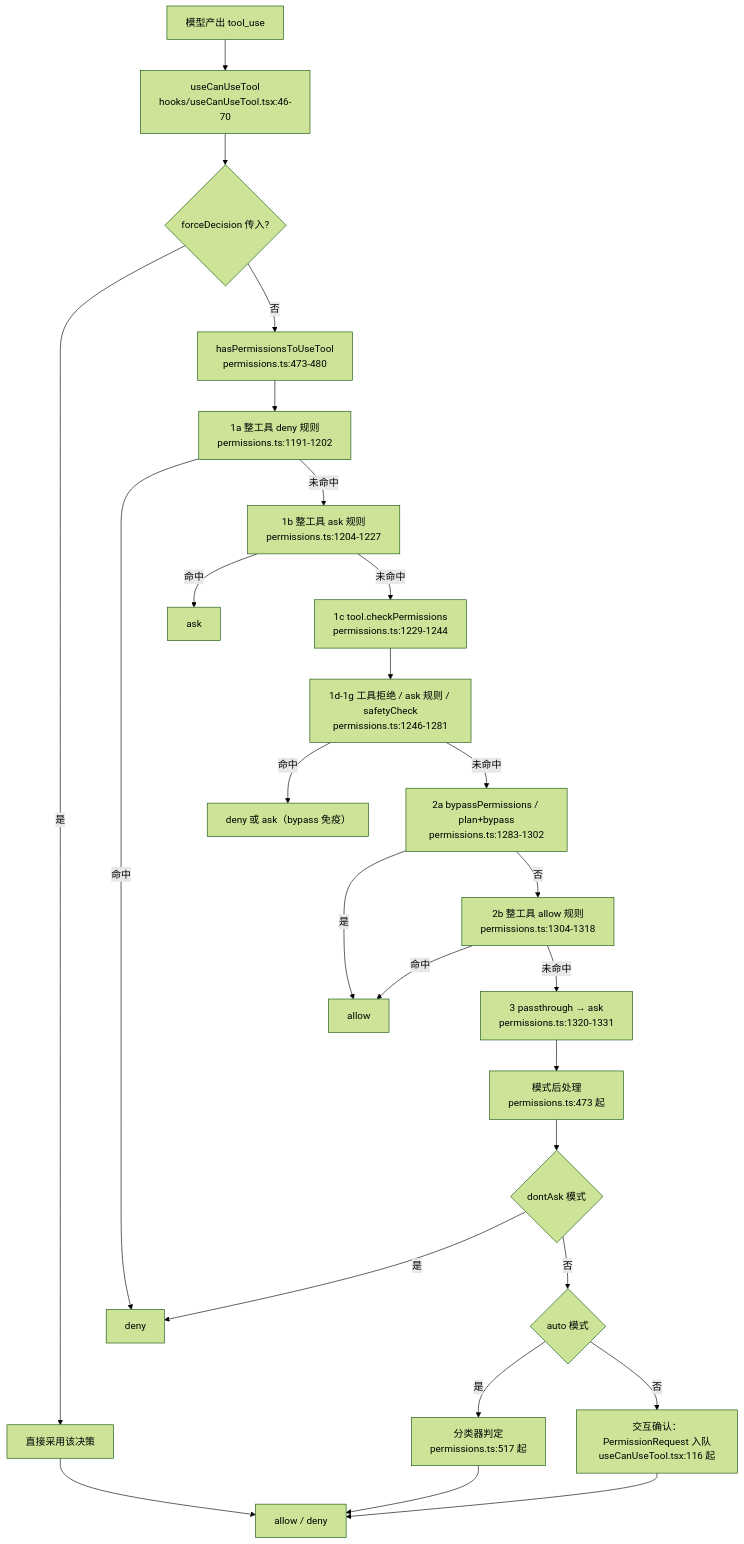
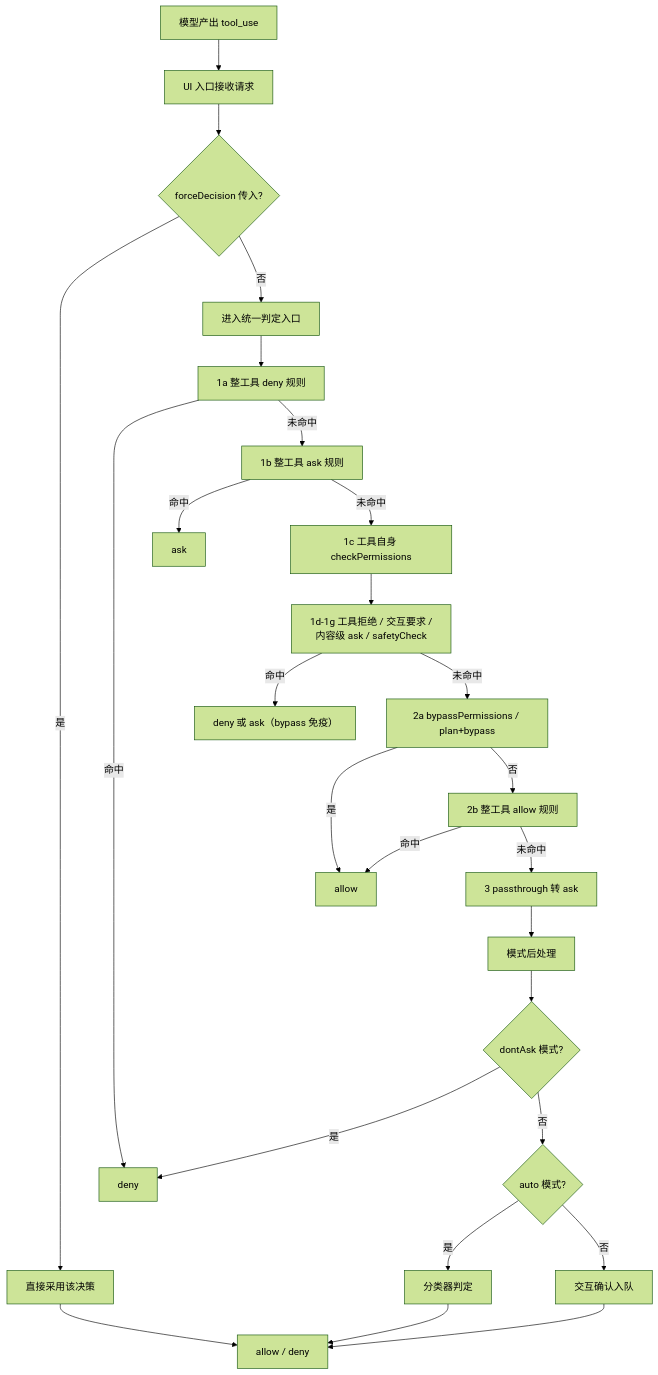
One commit to c926694/obsidian_note changed the third of 4 diagrams in agent/learn-cc/harness.md. Above: the diagram before and after it, drawn with Mermaid (forest theme). The commit also changed other lines of this file and 6 other files, not shown here.

````diff
--- a/agent/learn-cc/harness.md
+++ b/agent/learn-cc/harness.md
@@ -153,28 +229,28 @@
 ```mermaid
 flowchart TD
-    A["模型产出 tool_use"] --> B["useCanUseTool<br/>hooks/useCanUseTool.tsx:46-70"]
+    A["模型产出 tool_use"] --> B["UI 入口接收请求"]
     B --> C{"forceDecision 传入?"}
     C -->|"是"| D["直接采用该决策"]
-    C -->|"否"| E["hasPermissionsToUseTool<br/>permissions.ts:473-480"]
-    E --> F["1a 整工具 deny 规则<br/>permissions.ts:1191-1202"]
+    C -->|"否"| E["进入统一判定入口"]
+    E --> F["1a 整工具 deny 规则"]
     F -->|"命中"| DENY["deny"]
-    F -->|"未命中"| G["1b 整工具 ask 规则<br/>permissions.ts:1204-1227"]
+    F -->|"未命中"| G["1b 整工具 ask 规则"]
     G -->|"命中"| ASK["ask"]
-    G -->|"未命中"| H["1c tool.checkPermissions<br/>permissions.ts:1229-1244"]
-    H --> I["1d-1g 工具拒绝 / ask 规则 / safetyCheck<br/>permissions.ts:1246-1281"]
+    G -->|"未命中"| H["1c 工具自身 checkPermissions"]
+    H --> I["1d-1g 工具拒绝 / 交互要求 /<br/>内容级 ask / safetyCheck"]
     I -->|"命中"| R1["deny 或 ask（bypass 免疫）"]
-    I -->|"未命中"| J["2a bypassPermissions / plan+bypass<br/>permissions.ts:1283-1302"]
+    I -->|"未命中"| J["2a bypassPermissions / plan+bypass"]
     J -->|"是"| ALLOW["allow"]
-    J -->|"否"| K["2b 整工具 allow 规则<br/>permissions.ts:1304-1318"]
+    J -->|"否"| K["2b 整工具 allow 规则"]
     K -->|"命中"| ALLOW
-    K -->|"未命中"| L["3 passthrough → ask<br/>permissions.ts:1320-1331"]
-    L --> M["模式后处理<br/>permissions.ts:473 起"]
-    M --> N{"dontAsk 模式"}
+    K -->|"未命中"| L["3 passthrough 转 ask"]
+    L --> M["模式后处理"]
+    M --> N{"dontAsk 模式?"}
     N -->|"是"| DENY
-    N -->|"否"| O{"auto 模式"}
-    O -->|"是"| P["分类器判定<br/>permissions.ts:517 起"]
-    O -->|"否"| Q["交互确认：PermissionRequest 入队<br/>useCanUseTool.tsx:116 起"]
+    N -->|"否"| O{"auto 模式?"}
+    O -->|"是"| P["分类器判定"]
+    O -->|"否"| Q["交互确认入队"]
     P --> R2["allow / deny"]
     Q --> R2
     D --> R2
 ```
````
